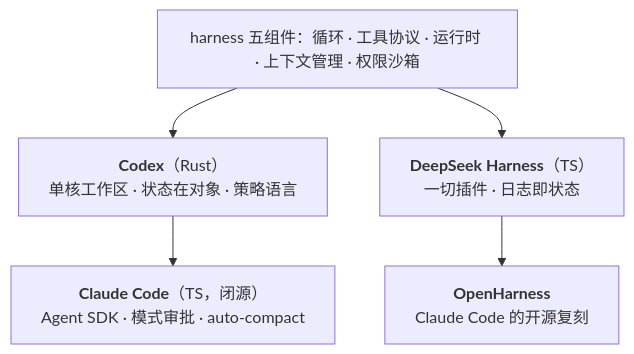
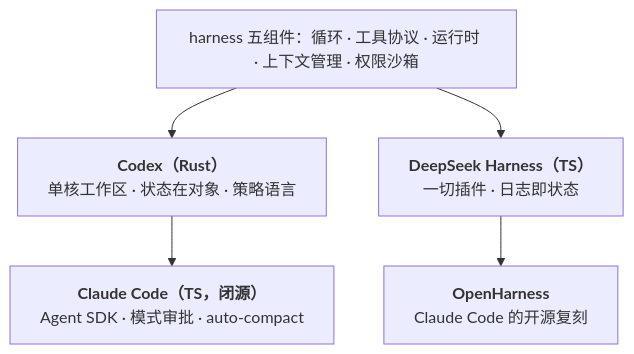
Before and after one commit to arganzheng/arganzheng.github.com: the eighth of 10 diagrams in slides/2026-10-29-agent-and-harness.md, drawn with Mermaid.

Commit message:
Agent 与 Harness 幻灯片：Mermaid 方框标题的括注移进 </b>，标题样式才生效
写成 `<b>标题</b>（第七章）<br/>` 时 `nodeTitles()` 的 TITLE_RE 不匹配（它要求
`</b>` 紧跟 `<br/>`），整行按正文渲染；而且那一行读起来是「标题（第七章）」，
却只有括号前是粗体。

````diff
--- a/slides/2026-10-29-agent-and-harness.md
+++ b/slides/2026-10-29-agent-and-harness.md
@@ -289,10 +289,10 @@
 ```mermaid
 %%{init: {"flowchart": {"wrappingWidth": 300}}}%%
 flowchart TB
     H["harness 五组件：循环 · 工具协议 · 运行时 · 上下文管理 · 权限沙箱"]
-    H --> C1["<b>Codex</b>（Rust）<br/>单核工作区 · 状态在对象 · 策略语言"]
-    H --> C2["<b>DeepSeek Harness</b>（TS）<br/>一切插件 · 日志即状态"]
-    C1 --> C3["<b>Claude Code</b>（TS，闭源）<br/>Agent SDK · 模式审批 · auto-compact"]
+    H --> C1["<b>Codex（Rust）</b><br/>单核工作区 · 状态在对象 · 策略语言"]
+    H --> C2["<b>DeepSeek Harness（TS）</b><br/>一切插件 · 日志即状态"]
+    C1 --> C3["<b>Claude Code（TS，闭源）</b><br/>Agent SDK · 模式审批 · auto-compact"]
     C2 --> C4["<b>OpenHarness</b><br/>Claude Code 的开源复刻"]
 
 ```
````
